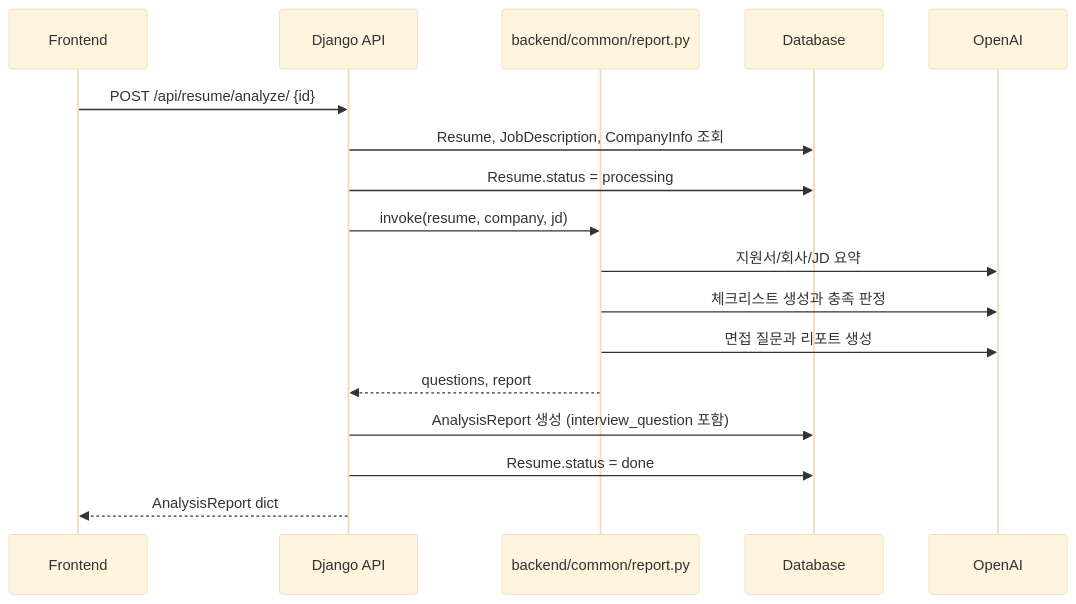
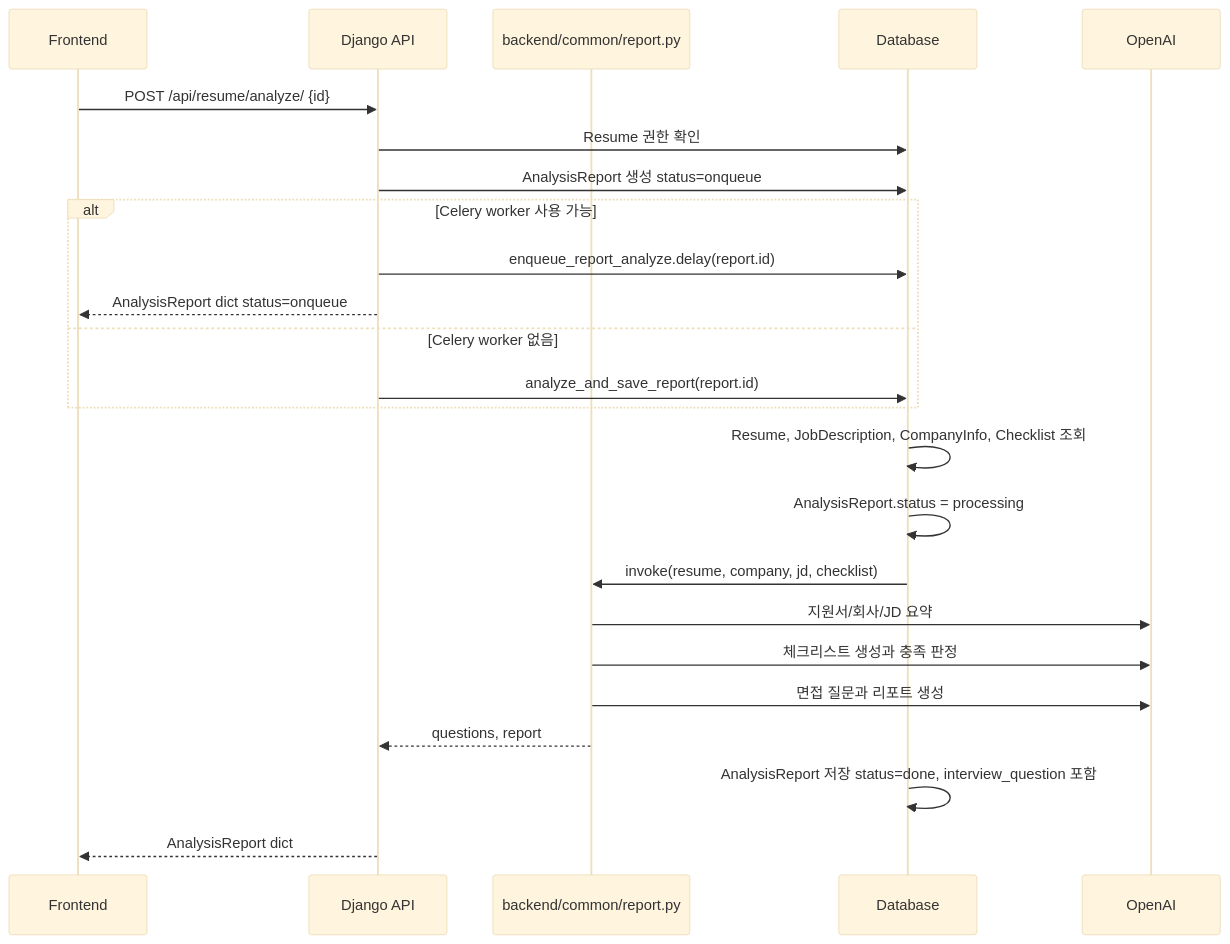
Before and after one commit to SKN26-Final-1st/Final_project: the second of 3 diagrams in docs/02-architecture/data-flow.md, drawn with Mermaid (base theme). The commit also changed other lines of this file and 5 other files, not shown here.

First line of the commit message:
docs(analysis): describe queued report pipeline

````diff
--- a/docs/02-architecture/data-flow.md
+++ b/docs/02-architecture/data-flow.md
@@ -54,20 +54,27 @@
 ```mermaid
 sequenceDiagram
   participant UI as Frontend
   participant API as Django API
   participant Report as backend/common/report.py
   participant DB as Database
   participant LLM as OpenAI
 
   UI->>API: POST /api/resume/analyze/ {id}
-  API->>DB: Resume, JobDescription, CompanyInfo 조회
-  API->>DB: Resume.status = processing
-  API->>Report: invoke(resume, company, jd)
+  API->>DB: Resume 권한 확인
+  API->>DB: AnalysisReport 생성 status=onqueue
+  alt Celery worker 사용 가능
+    API->>DB: enqueue_report_analyze.delay(report.id)
+    API-->>UI: AnalysisReport dict status=onqueue
+  else Celery worker 없음
+    API->>DB: analyze_and_save_report(report.id)
+  end
+  DB->>DB: Resume, JobDescription, CompanyInfo, Checklist 조회
+  DB->>DB: AnalysisReport.status = processing
+  DB->>Report: invoke(resume, company, jd, checklist)
   Report->>LLM: 지원서/회사/JD 요약
   Report->>LLM: 체크리스트 생성과 충족 판정
   Report->>LLM: 면접 질문과 리포트 생성
   Report-->>API: questions, report
-  API->>DB: AnalysisReport 생성 (interview_question 포함)
-  API->>DB: Resume.status = done
+  DB->>DB: AnalysisReport 저장 status=done, interview_question 포함
   API-->>UI: AnalysisReport dict
 ```
````
